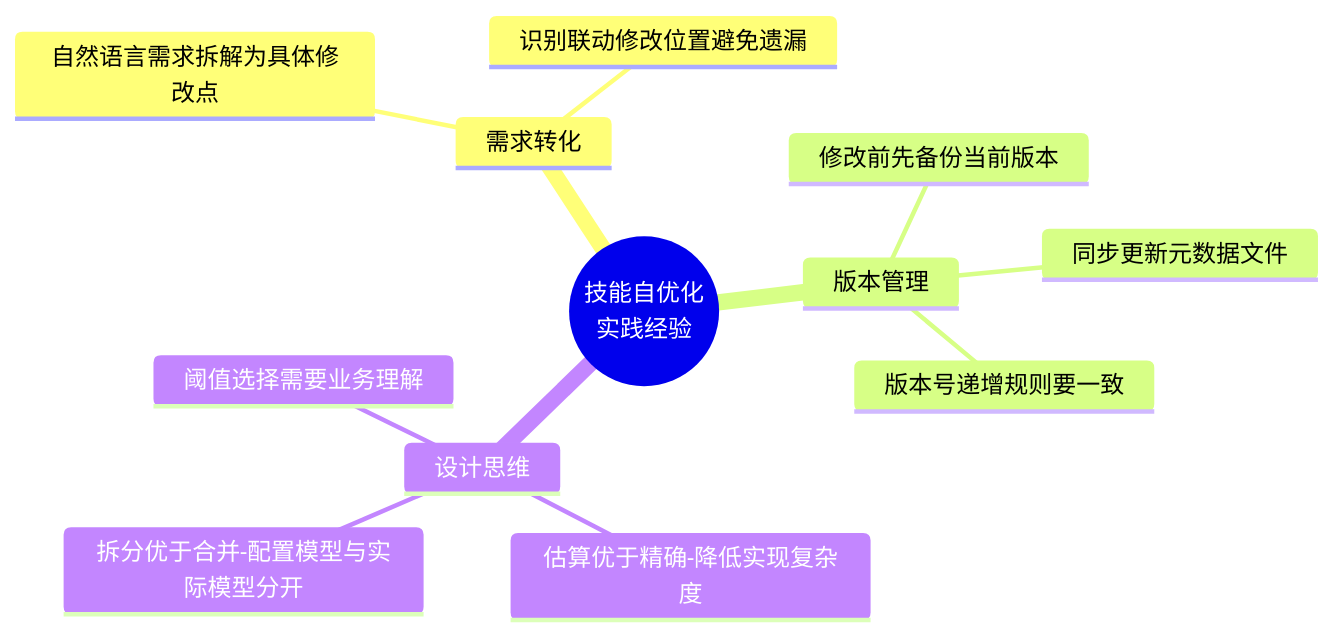
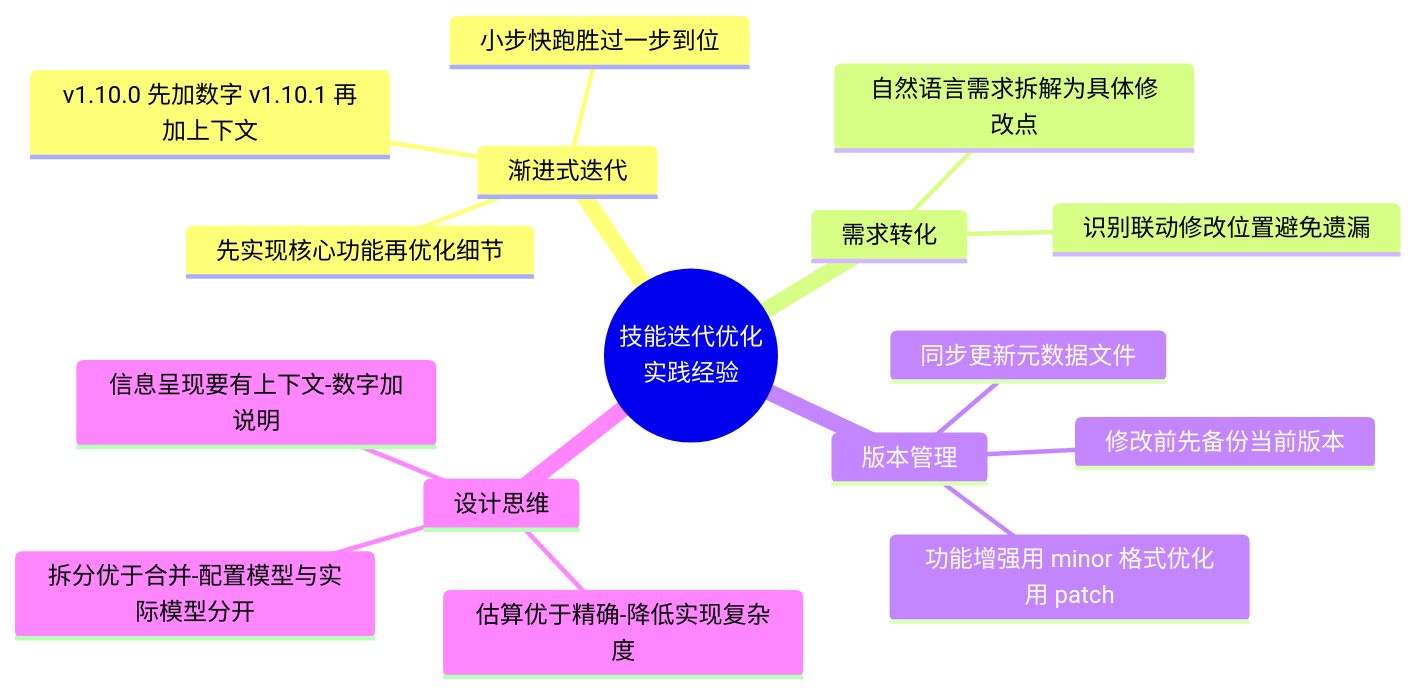
The seventh of 7 diagrams in doc/ai-explore/2026-04-13-my-explore-doc-record技能优化实践探索之旅.md (chujun/aiubuntu1-sh), drawn with Mermaid before and after one commit. The commit also changed other lines of this file, not shown here.

````diff
--- a/doc/ai-explore/2026-04-13-my-explore-doc-record技能优化实践探索之旅.md
+++ b/doc/ai-explore/2026-04-13-my-explore-doc-record技能优化实践探索之旅.md
@@ -316,15 +369,19 @@
 ```mermaid
 mindmap
-    root(("技能自优化<br/>实践经验"))
+    root(("技能迭代优化<br/>实践经验"))
+        渐进式迭代
+            先实现核心功能再优化细节
+            v1.10.0 先加数字 v1.10.1 再加上下文
+            小步快跑胜过一步到位
         需求转化
             自然语言需求拆解为具体修改点
             识别联动修改位置避免遗漏
         版本管理
             修改前先备份当前版本
             同步更新元数据文件
-            版本号递增规则要一致
+            功能增强用 minor 格式优化用 patch
         设计思维
             估算优于精确-降低实现复杂度
             拆分优于合并-配置模型与实际模型分开
-            阈值选择需要业务理解
+            信息呈现要有上下文-数字加说明
 ```
````
